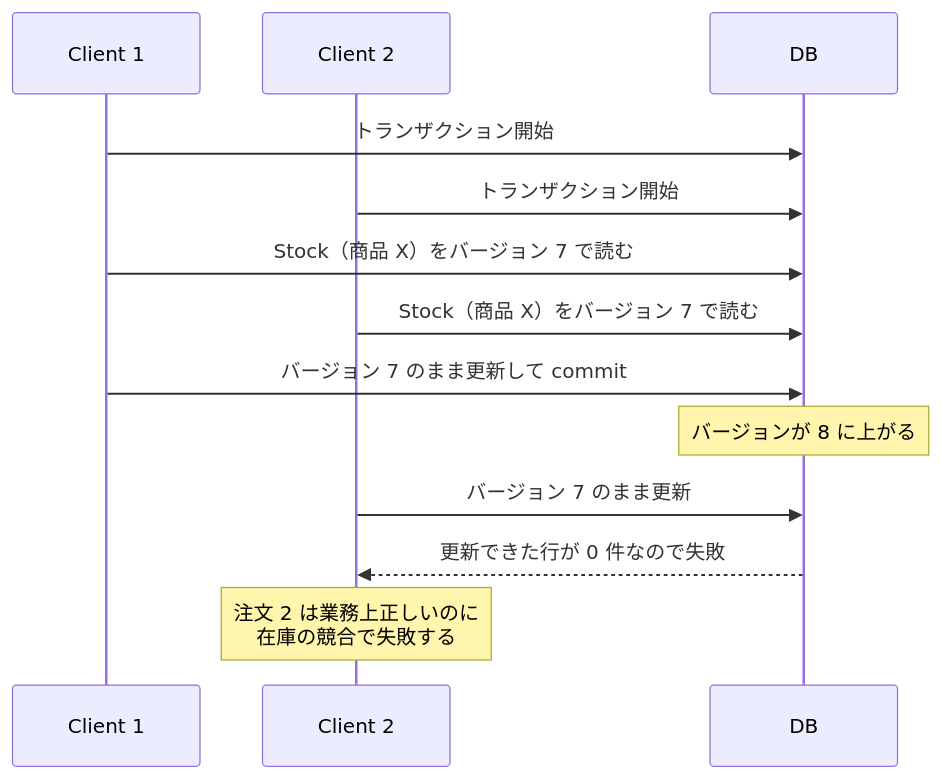
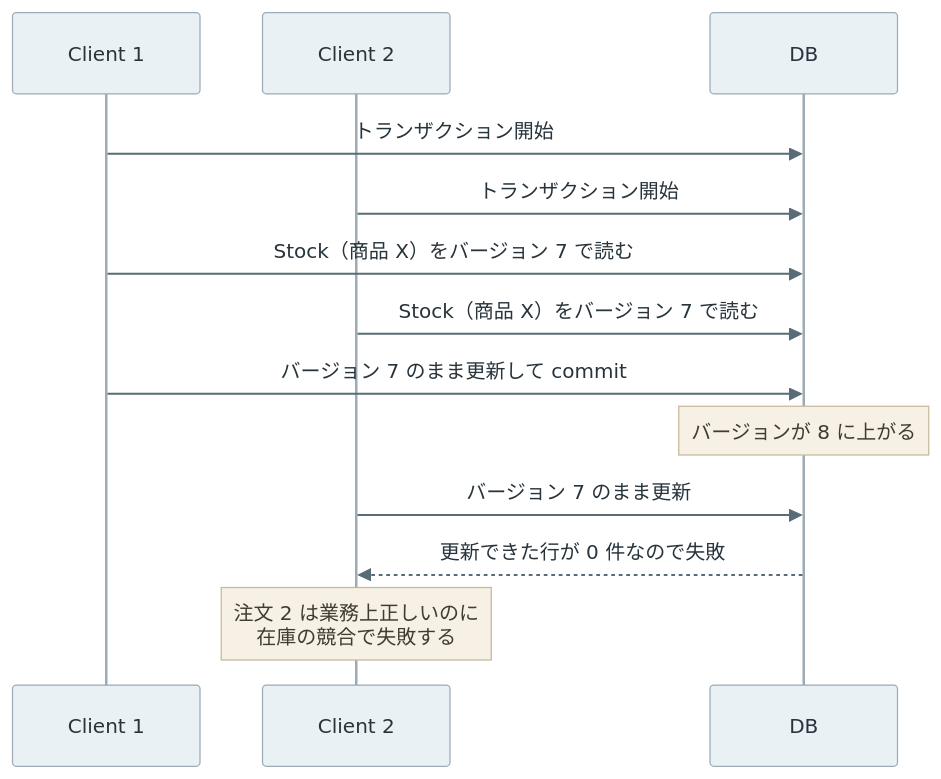
The second of 2 diagrams in content/notes/software-architecture/domain-event/index.md (nao1215/debimate), drawn with Mermaid before and after one commit. The commit also changed other lines of this file and 55 other files, not shown here.

First line of the commit message:
style(notes): apply the wallet note's mermaid palette to all diagrams

````diff
--- a/content/notes/software-architecture/domain-event/index.md
+++ b/content/notes/software-architecture/domain-event/index.md
@@ -73,15 +75,16 @@
 ```mermaid
+%%{init: {"theme":"base","themeVariables":{"primaryColor":"#eaf1f5","primaryTextColor":"#28343b","primaryBorderColor":"#9cabb5","lineColor":"#596b76","textColor":"#28343b","actorBkg":"#eaf1f5","actorBorder":"#9cabb5","actorTextColor":"#28343b","actorLineColor":"#9cabb5","signalColor":"#596b76","signalTextColor":"#28343b","noteBkgColor":"#f7f1e5","noteBorderColor":"#c5b99b","noteTextColor":"#403c32","activationBkgColor":"#edf3ef","activationBorderColor":"#9aafa1"}}}%%
 sequenceDiagram
     participant C1 as Client 1
     participant C2 as Client 2
     participant DB as DB
     C1->>DB: トランザクション開始
     C2->>DB: トランザクション開始
     C1->>DB: Stock（商品 X）をバージョン 7 で読む
     C2->>DB: Stock（商品 X）をバージョン 7 で読む
     C1->>DB: バージョン 7 のまま更新して commit
     Note over DB: バージョンが 8 に上がる
     C2->>DB: バージョン 7 のまま更新
     DB-->>C2: 更新できた行が 0 件なので失敗
     Note over C2: 注文 2 は業務上正しいのに<br/>在庫の競合で失敗する
 ```
````
